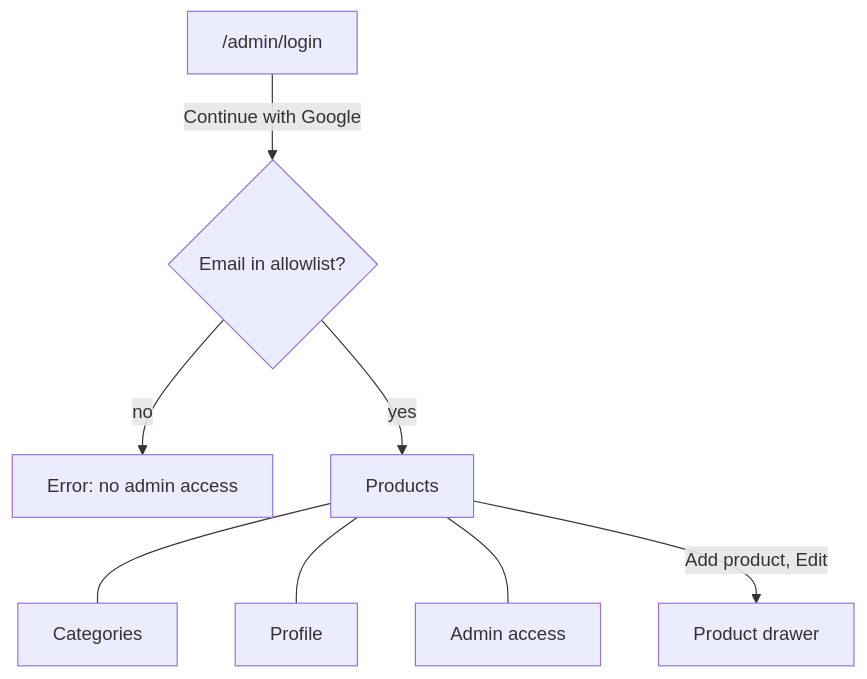
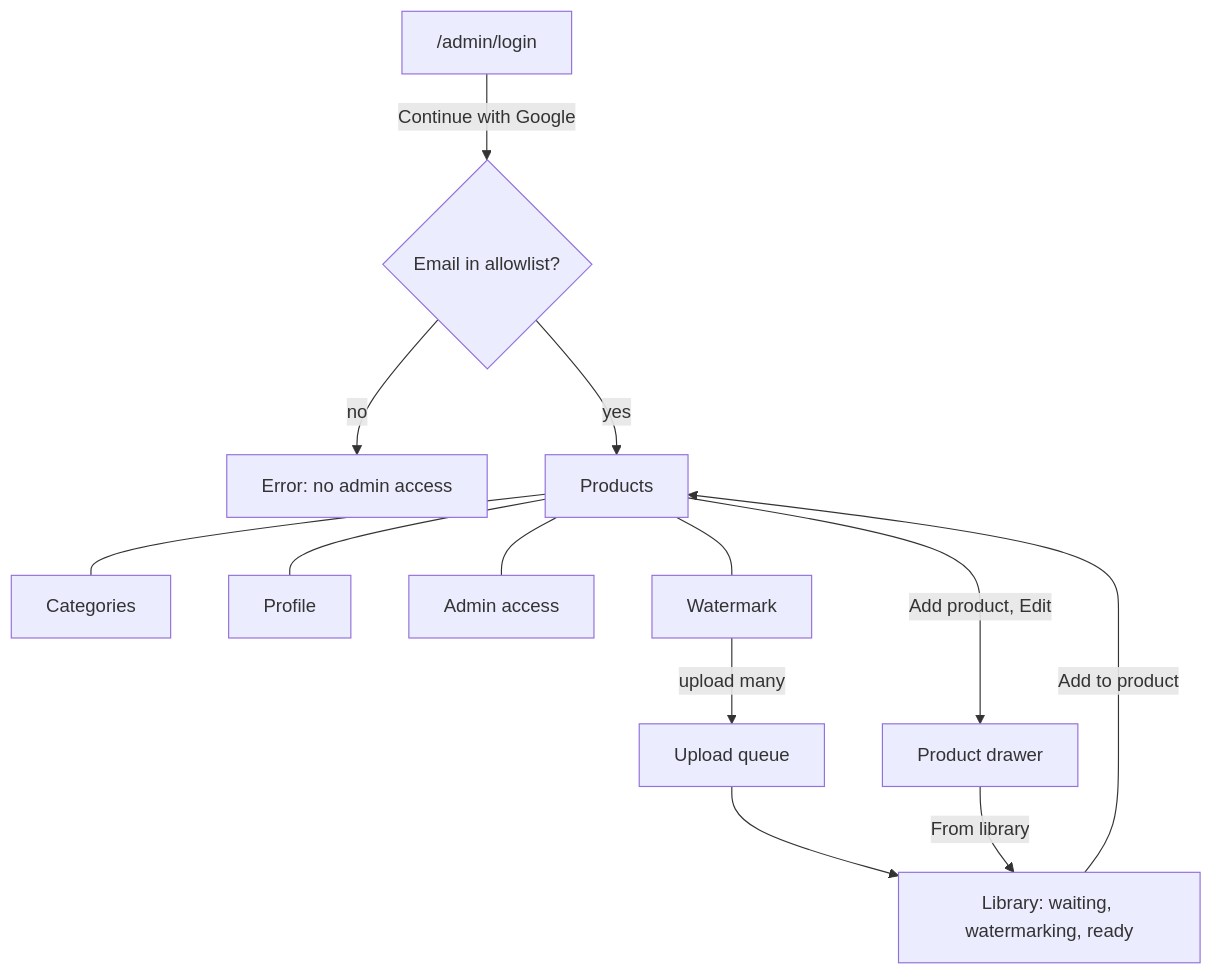
Before and after one commit to amirulhakiim/pqacam: the second of 4 diagrams in docs/PRD.md, drawn with Mermaid. The commit also changed other lines of this file and 5 other files, not shown here.

````diff
--- a/docs/PRD.md
+++ b/docs/PRD.md
@@ -120,10 +124,15 @@
 ```mermaid
 flowchart TB
     L["/admin/login"] -->|"Continue with Google"| G{"Email in allowlist?"}
     G -->|"no"| E["Error: no admin access"]
     G -->|"yes"| P["Products"]
     P --- C["Categories"]
     P --- F["Profile"]
     P --- X["Admin access"]
+    P --- K["Watermark"]
+    K -->|"upload many"| Q["Upload queue"]
+    Q --> J["Library: waiting, watermarking, ready"]
+    J -->|"Add to product"| P
+    W -->|"From library"| J
     P -->|"Add product, Edit"| W["Product drawer"]
 ```
````
